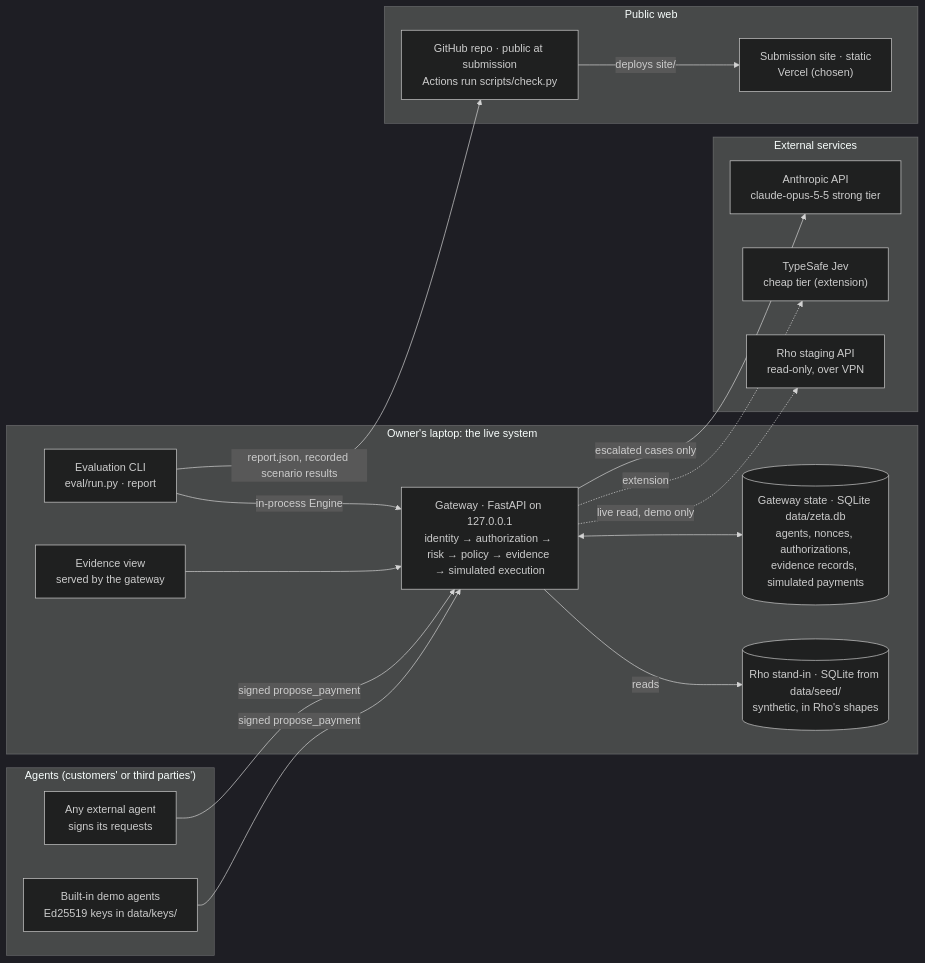
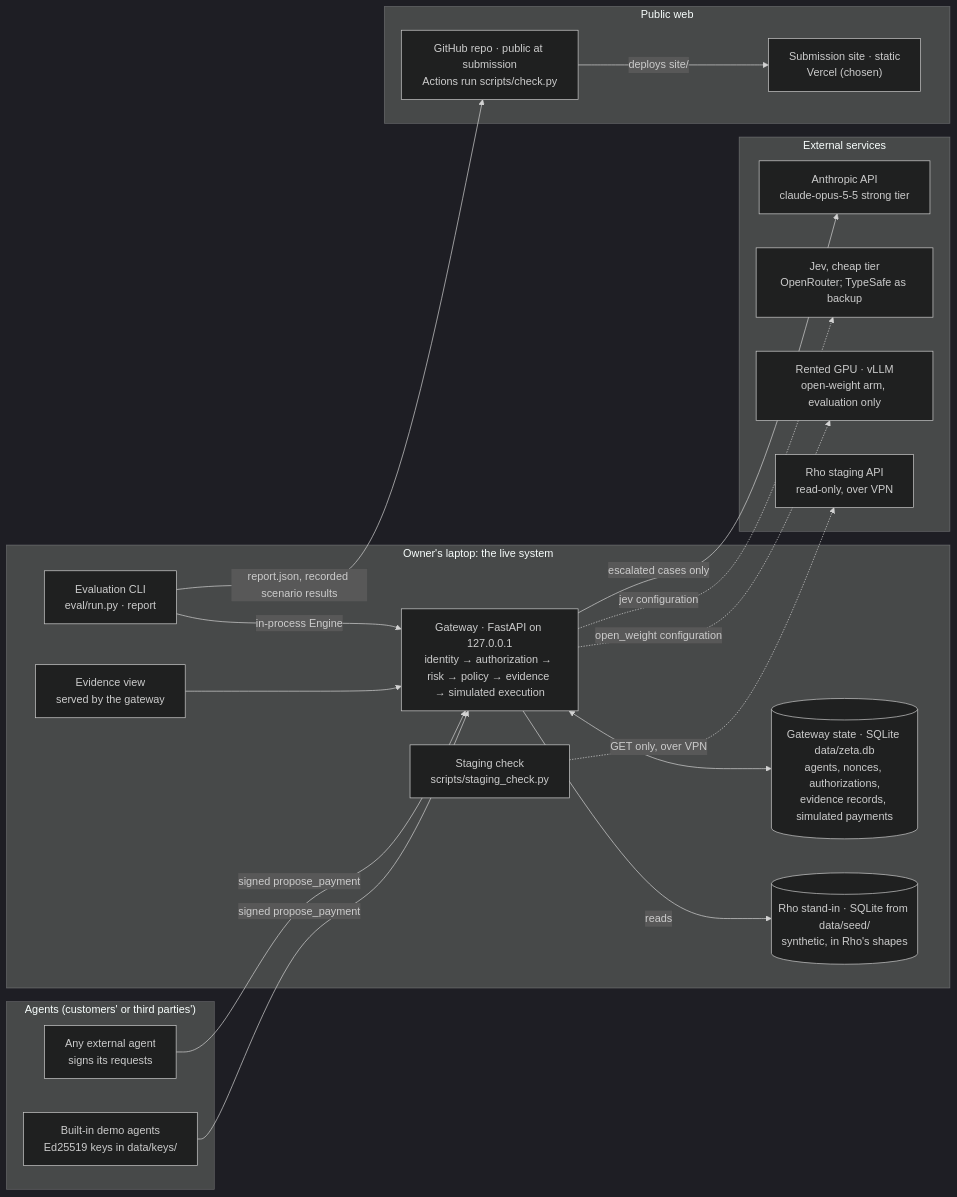
Before and after one commit to jesssss812/zeta-one: the diagram in docs/strategy/architecture.md, drawn with Mermaid (dark theme). The commit also changed other lines of this file, not shown here.

First line of the commit message:
Add the design trade-offs to the architecture: what each choice buys, costs and what reopens it

````diff
--- a/docs/strategy/architecture.md
+++ b/docs/strategy/architecture.md
@@ -19,38 +26,41 @@
 ```mermaid
 flowchart LR
   subgraph Agents["Agents (customers' or third parties')"]
     A1["Built-in demo agents<br/>Ed25519 keys in data/keys/"]
     A2["Any external agent<br/>signs its requests"]
   end
 
   subgraph Laptop["Owner's laptop: the live system"]
     GW["Gateway · FastAPI on 127.0.0.1<br/>identity → authorization → risk → policy → evidence → simulated execution"]
     DB[("Gateway state · SQLite data/zeta.db<br/>agents, nonces, authorizations,<br/>evidence records, simulated payments")]
     SEED[("Rho stand-in · SQLite from data/seed/<br/>synthetic, in Rho's shapes")]
     UI["Evidence view<br/>served by the gateway"]
     EVAL["Evaluation CLI<br/>eval/run.py · report"]
+    CHK["Staging check<br/>scripts/staging_check.py"]
   end
 
   subgraph External["External services"]
     ANT["Anthropic API<br/>claude-opus-5-5 strong tier"]
-    JEV["TypeSafe Jev<br/>cheap tier (extension)"]
+    JEV["Jev, cheap tier<br/>OpenRouter; TypeSafe as backup"]
+    GPU["Rented GPU · vLLM<br/>open-weight arm, evaluation only"]
     RHO["Rho staging API<br/>read-only, over VPN"]
   end
 
   subgraph Web["Public web"]
     SITE["Submission site · static<br/>Vercel (chosen)"]
     REPO["GitHub repo · public at submission<br/>Actions run scripts/check.py"]
   end
 
   A1 -- signed propose_payment --> GW
   A2 -- signed propose_payment --> GW
   GW <--> DB
   GW -- reads --> SEED
-  GW -. live read, demo only .-> RHO
+  CHK -. GET only, over VPN .-> RHO
   GW -- escalated cases only --> ANT
-  GW -. extension .-> JEV
+  GW -. jev configuration .-> JEV
+  GW -. open_weight configuration .-> GPU
   UI --> GW
   EVAL -- in-process Engine --> GW
   EVAL -- report.json, recorded scenario results --> REPO
   REPO -- deploys site/ --> SITE
 ```
````
